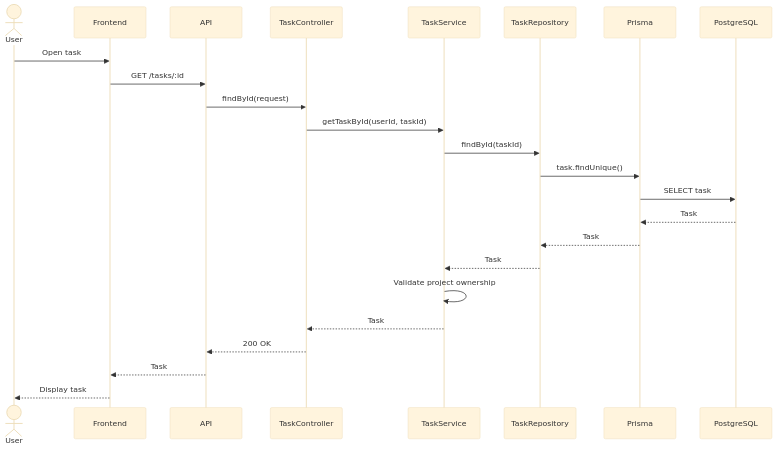
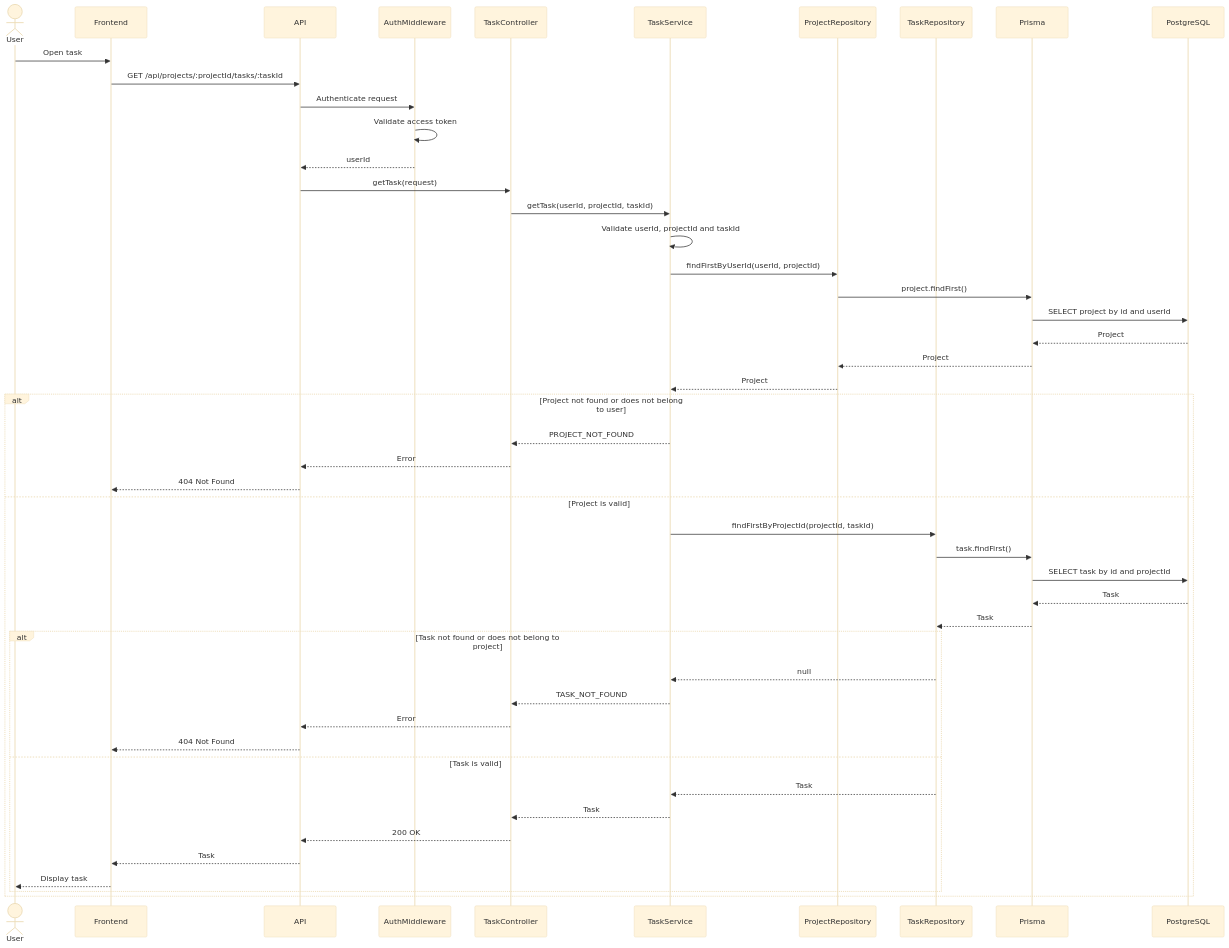
The second of 2 diagrams in docs/diagrams/sequence-diagrams/task/get.md (davihenriquedev1/prodixus), drawn with Mermaid (base theme) before and after one commit. The commit also changed other lines of this file and 5 other files, not shown here.

````diff
--- a/docs/diagrams/sequence-diagrams/task/get.md
+++ b/docs/diagrams/sequence-diagrams/task/get.md
@@ -57,49 +57,56 @@
 ```mermaid
 sequenceDiagram
-
     actor User
-
     participant Frontend
-
     participant API
-
+    participant AuthMiddleware
     participant TaskController
-
     participant TaskService
-
+    participant ProjectRepository
     participant TaskRepository
-
     participant Prisma
-
     participant PostgreSQL
 
     User->>Frontend: Open task
+    Frontend->>API: GET /api/projects/:projectId/tasks/:taskId
+    API->>AuthMiddleware: Authenticate request
+    AuthMiddleware->>AuthMiddleware: Validate access token
+    AuthMiddleware-->>API: userId
 
-    Frontend->>API: GET /tasks/:id
+    API->>TaskController: getTask(request)
+    TaskController->>TaskService: getTask(userId, projectId, taskId)
 
-    API->>TaskController: findById(request)
+    TaskService->>TaskService: Validate userId, projectId and taskId
 
-    TaskController->>TaskService: getTaskById(userId, taskId)
+    TaskService->>ProjectRepository: findFirstByUserId(userId, projectId)
+    ProjectRepository->>Prisma: project.findFirst()
+    Prisma->>PostgreSQL: SELECT project by id and userId
+    PostgreSQL-->>Prisma: Project
+    Prisma-->>ProjectRepository: Project
+    ProjectRepository-->>TaskService: Project
 
-    TaskService->>TaskRepository: findById(taskId)
+    alt Project not found or does not belong to user
+        TaskService-->>TaskController: PROJECT_NOT_FOUND
+        TaskController-->>API: Error
+        API-->>Frontend: 404 Not Found
+    else Project is valid
+        TaskService->>TaskRepository: findFirstByProjectId(projectId, taskId)
+        TaskRepository->>Prisma: task.findFirst()
+        Prisma->>PostgreSQL: SELECT task by id and projectId
+        PostgreSQL-->>Prisma: Task
+        Prisma-->>TaskRepository: Task
 
-    TaskRepository->>Prisma: task.findUnique()
-
-    Prisma->>PostgreSQL: SELECT task
-
-    PostgreSQL-->>Prisma: Task
-
-    Prisma-->>TaskRepository: Task
-
-    TaskRepository-->>TaskService: Task
-
-    TaskService->>TaskService: Validate project ownership
-
-    TaskService-->>TaskController: Task
-
-    TaskController-->>API: 200 OK
-
-    API-->>Frontend: Task
-
-    Frontend-->>User: Display task
+        alt Task not found or does not belong to project
+            TaskRepository-->>TaskService: null
+            TaskService-->>TaskController: TASK_NOT_FOUND
+            TaskController-->>API: Error
+            API-->>Frontend: 404 Not Found
+        else Task is valid
+            TaskRepository-->>TaskService: Task
+            TaskService-->>TaskController: Task
+            TaskController-->>API: 200 OK
+            API-->>Frontend: Task
+            Frontend-->>User: Display task
+        end
+    end
 ```
````
